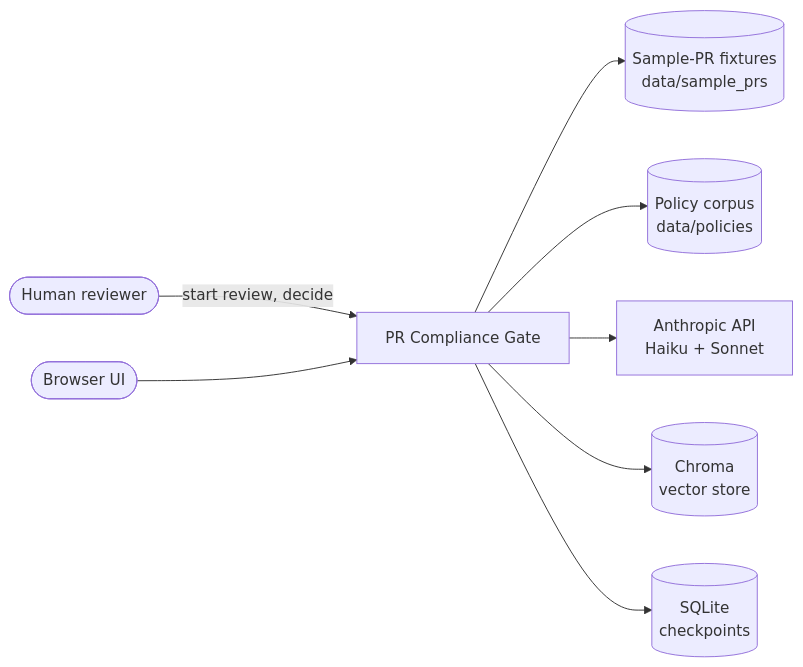
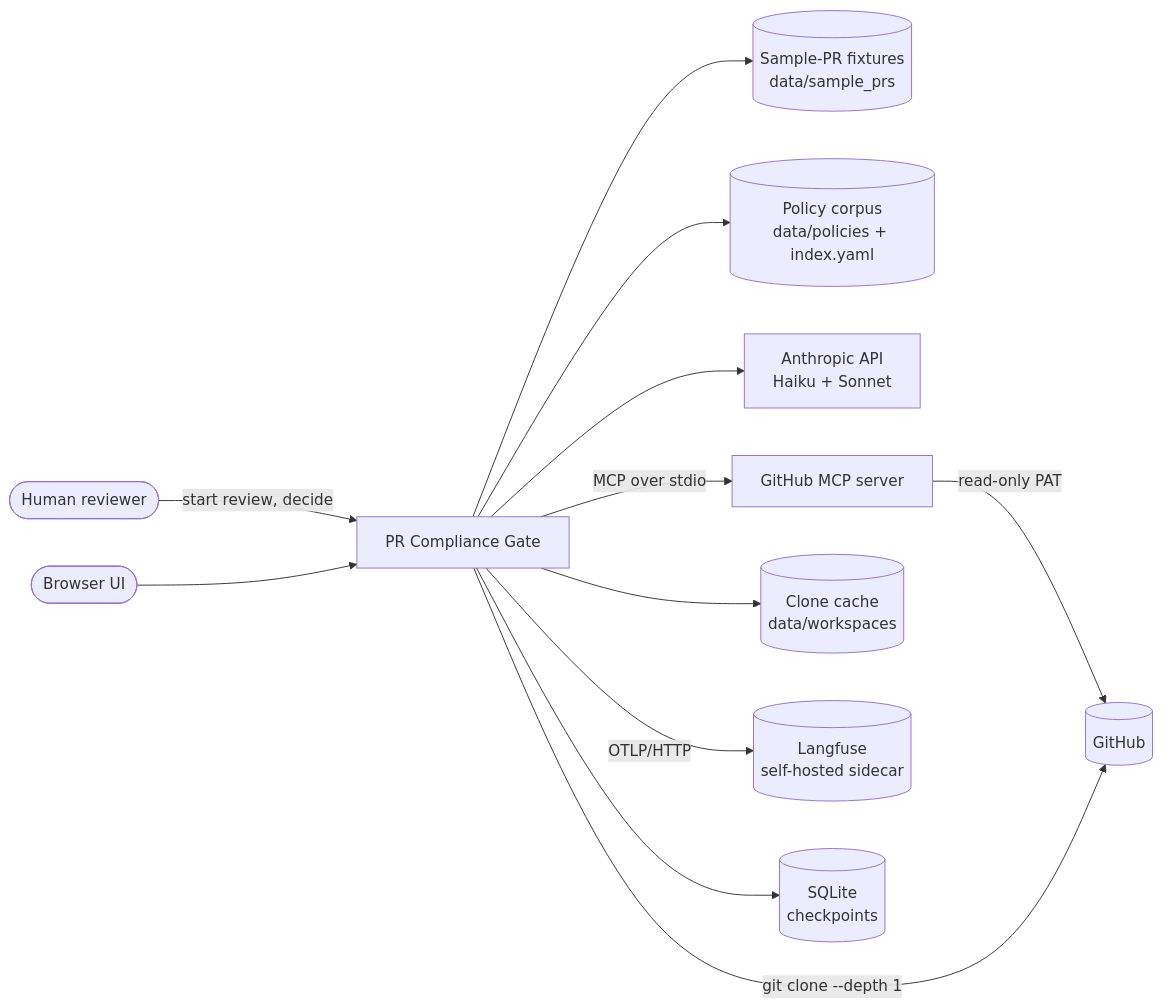
The first of 8 diagrams in .agents_workspace/ARCHITECTURE.md (cheneeheng/pr-compliance-gate), drawn with Mermaid before and after one commit. The commit also changed other lines of this file, not shown here.

First line of the commit message:
docs(architecture): bring the living picture to the v2 state

````diff
--- a/.agents_workspace/ARCHITECTURE.md
+++ b/.agents_workspace/ARCHITECTURE.md
@@ -10,10 +11,14 @@
 ```mermaid
 flowchart LR
     reviewer([Human reviewer]) -->|start review, decide| api[PR Compliance Gate]
     ui([Browser UI]) --> api
     api --> fixtures[(Sample-PR fixtures<br/>data/sample_prs)]
-    api --> policies[(Policy corpus<br/>data/policies)]
+    api --> policies[(Policy corpus<br/>data/policies + index.yaml)]
     api --> anthropic[Anthropic API<br/>Haiku + Sonnet]
-    api --> chroma[(Chroma<br/>vector store)]
+    api -->|MCP over stdio| ghmcp[GitHub MCP server]
+    ghmcp -->|read-only PAT| github[(GitHub)]
+    api -->|git clone --depth 1| github
+    api --> workspaces[(Clone cache<br/>data/workspaces)]
+    api -->|OTLP/HTTP| langfuse[(Langfuse<br/>self-hosted sidecar)]
     api --> sqlite[(SQLite<br/>checkpoints)]
 ```
````
